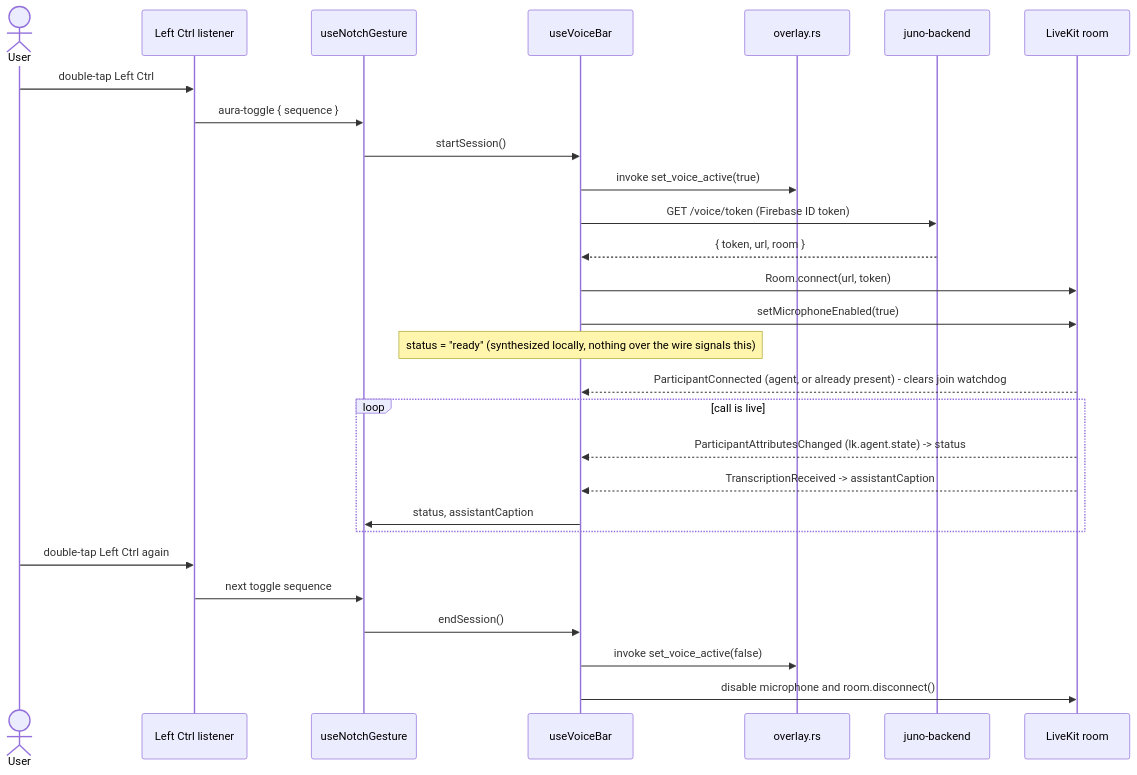
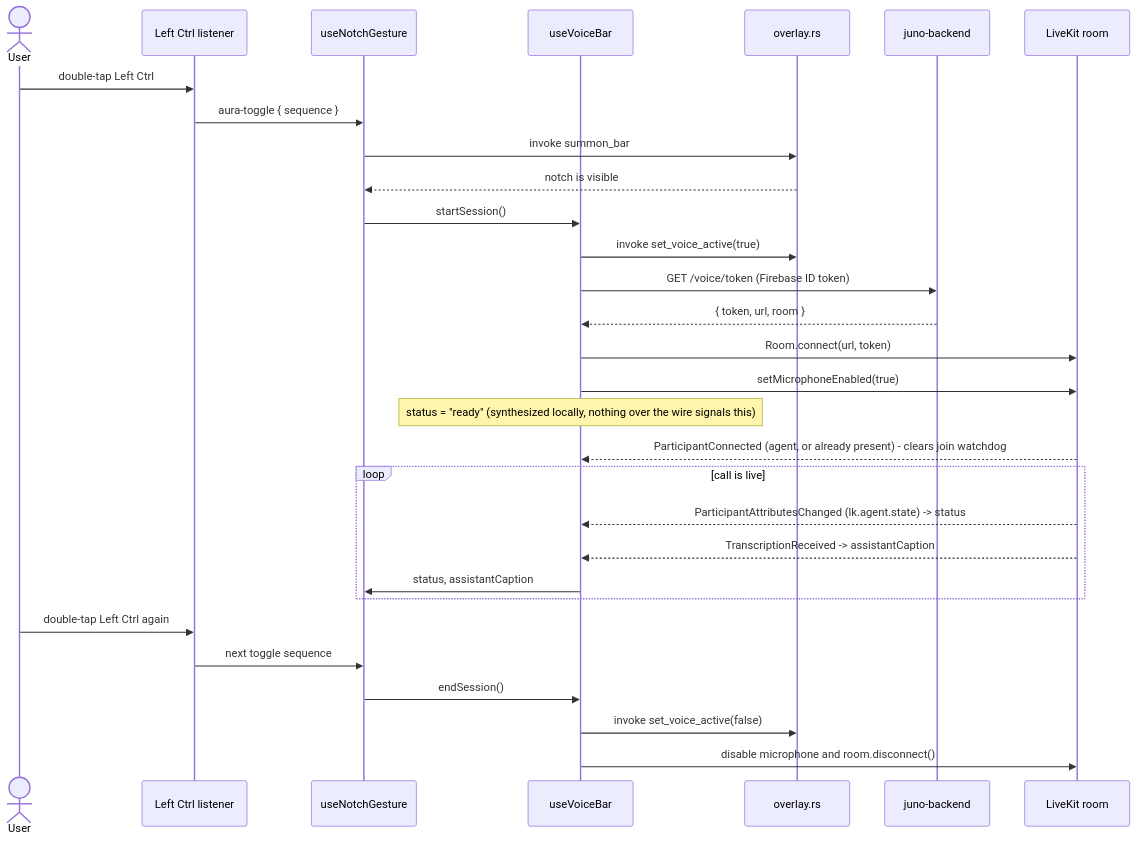
One commit to AuraVoice/Aura-Desktop changed the third of 6 diagrams in README.md. Above: the diagram before and after it, drawn with Mermaid. The commit also changed other lines of this file, not shown here.

````diff
--- a/README.md
+++ b/README.md
@@ -224,31 +229,33 @@
 ```mermaid
 sequenceDiagram
     actor User
     participant Key as Left Ctrl listener
     participant Notch as useNotchGesture
     participant Hook as useVoiceBar
     participant Rust as overlay.rs
     participant Backend as juno-backend
     participant LK as LiveKit room
 
     User->>Key: double-tap Left Ctrl
     Key->>Notch: aura-toggle { sequence }
+    Notch->>Rust: invoke summon_bar
+    Rust-->>Notch: notch is visible
     Notch->>Hook: startSession()
     Hook->>Rust: invoke set_voice_active(true)
     Hook->>Backend: GET /voice/token (Firebase ID token)
     Backend-->>Hook: { token, url, room }
     Hook->>LK: Room.connect(url, token)
     Hook->>LK: setMicrophoneEnabled(true)
     Note over Hook: status = "ready" (synthesized locally, nothing over the wire signals this)
     LK-->>Hook: ParticipantConnected (agent, or already present) - clears join watchdog
     loop call is live
         LK-->>Hook: ParticipantAttributesChanged (lk.agent.state) -> status
         LK-->>Hook: TranscriptionReceived -> assistantCaption
         Hook->>Notch: status, assistantCaption
     end
     User->>Key: double-tap Left Ctrl again
     Key->>Notch: next toggle sequence
     Notch->>Hook: endSession()
     Hook->>Rust: invoke set_voice_active(false)
     Hook->>LK: disable microphone and room.disconnect()
 ```
````
